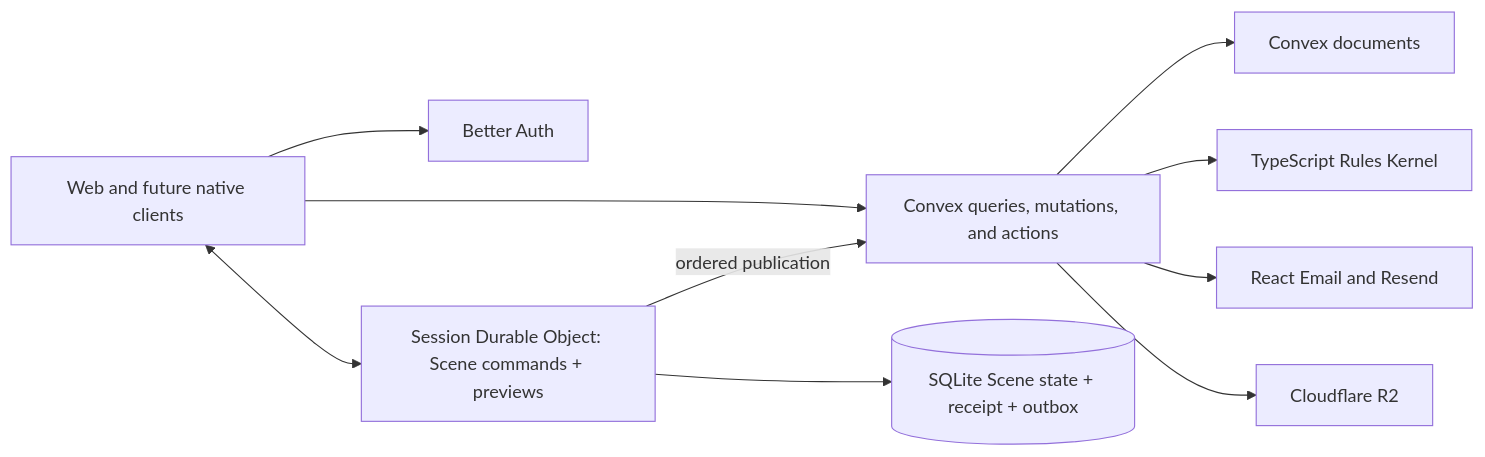
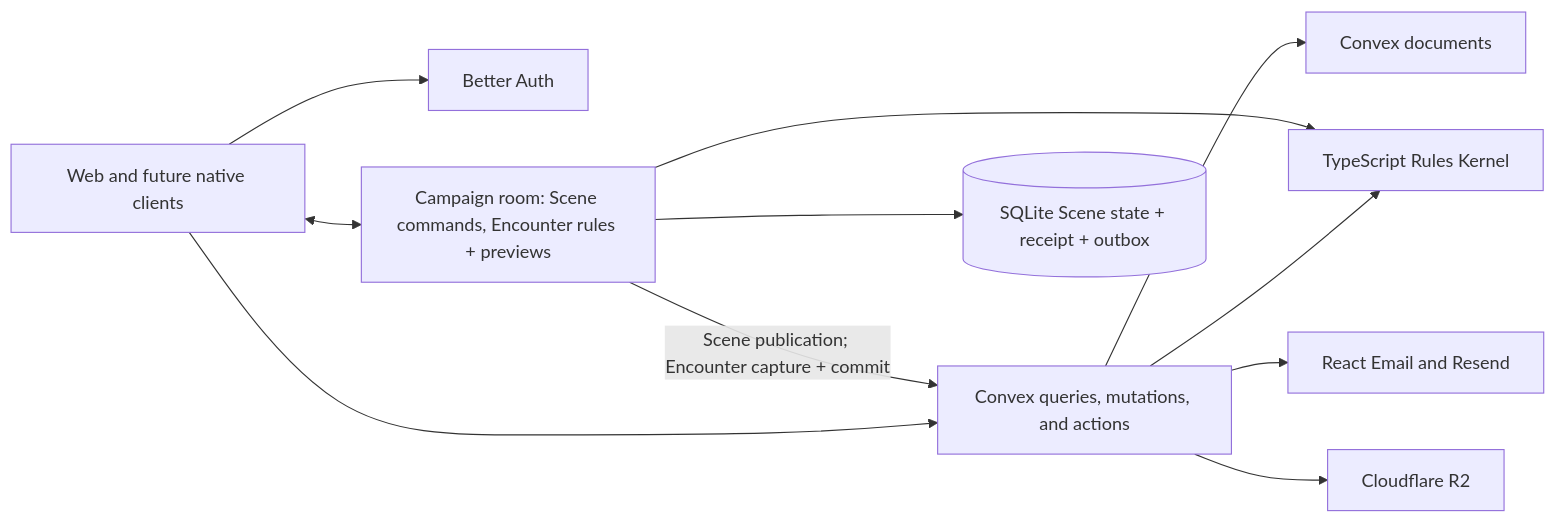
One commit to MPiland/artificer-toolkit changed the first of 2 diagrams in docs/adr/0029-convex-backend-cutover.md. Above: the diagram before and after it, drawn with Mermaid. The commit also changed other lines of this file and 699 other files, not shown here.

````diff
--- a/docs/adr/0029-convex-backend-cutover.md
+++ b/docs/adr/0029-convex-backend-cutover.md
@@ -47,12 +46,13 @@
 ```mermaid
 flowchart LR
     Clients["Web and future native clients"] --> Auth["Better Auth"]
     Clients --> Convex["Convex queries, mutations, and actions"]
     Convex --> Data["Convex documents"]
     Convex --> Kernel["TypeScript Rules Kernel"]
     Convex --> Email["React Email and Resend"]
     Convex --> R2["Cloudflare R2"]
-    Clients <--> DO["Session Durable Object: Scene commands + previews"]
+    Clients <--> DO["Campaign room: Scene commands, Encounter rules + previews"]
+    DO --> Kernel
     DO --> SQLite[("SQLite Scene state + receipt + outbox")]
-    DO -->|ordered publication| Convex
+    DO -->|Scene publication; Encounter capture + commit| Convex
 ```
````
